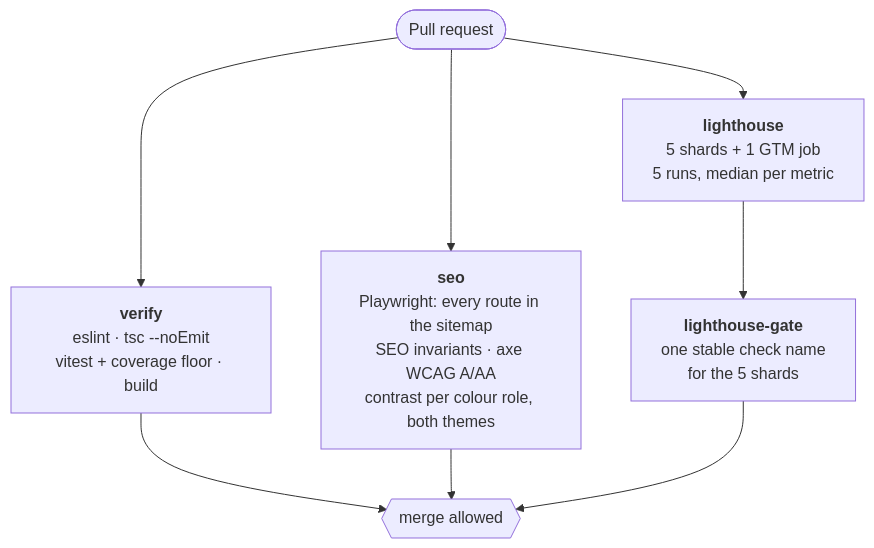
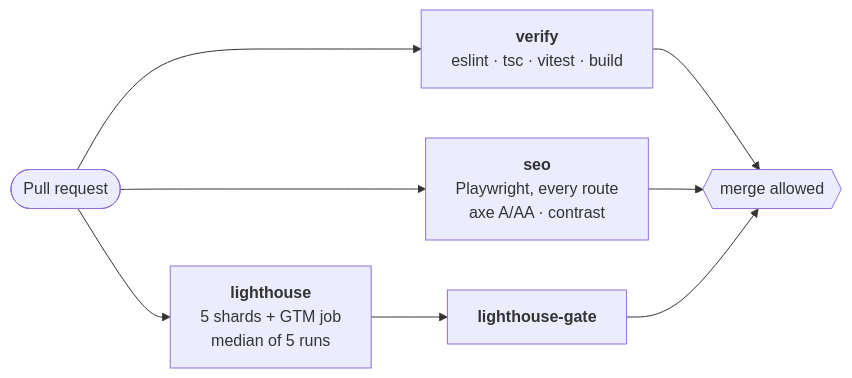
The second of 2 diagrams in README.md (Alf4kill/seotecnico.dev.br), drawn with Mermaid before and after one commit.

Commit message:
fix(readme): the gates diagram was clipped in GitHub's Mermaid frame
Checked both diagrams rendered on GitHub, and the second one did not fit:
GitHub renders Mermaid in a fixed-height iframe, so a tall flowchart TD is
cut off and the reader has to scroll inside the frame to reach the last two
nodes. On the README whose whole point is the first screen, verify and
"merge allowed" were the parts below the fold.

Turned left-to-right and the labels cut to what the node needs, which fits
the frame's width instead of fighting its height. The request-path diagram
above it already fit and is unchanged.

````diff
--- a/README.md
+++ b/README.md
@@ -80,10 +80,10 @@
 ```mermaid
-flowchart TD
-  PR([Pull request]) --> V["<b>verify</b><br/>eslint · tsc --noEmit<br/>vitest + coverage floor · build"]
-  PR --> S["<b>seo</b><br/>Playwright: every route in the sitemap<br/>SEO invariants · axe WCAG A/AA<br/>contrast per colour role, both themes"]
-  PR --> L["<b>lighthouse</b><br/>5 shards + 1 GTM job<br/>5 runs, median per metric"]
-  L --> LG["<b>lighthouse-gate</b><br/>one stable check name<br/>for the 5 shards"]
+flowchart LR
+  PR([Pull request]) --> V["<b>verify</b><br/>eslint · tsc · vitest · build"]
+  PR --> S["<b>seo</b><br/>Playwright, every route<br/>axe A/AA · contrast"]
+  PR --> L["<b>lighthouse</b><br/>5 shards + GTM job<br/>median of 5 runs"]
+  L --> LG["<b>lighthouse-gate</b>"]
   V --> MERGE{{"merge allowed"}}
   S --> MERGE
   LG --> MERGE
 ```
````
